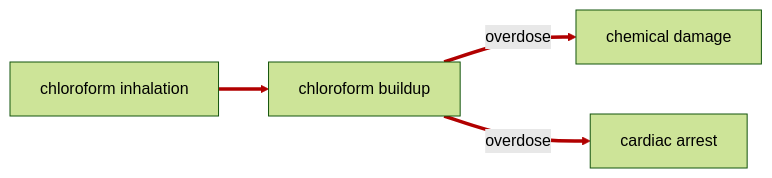
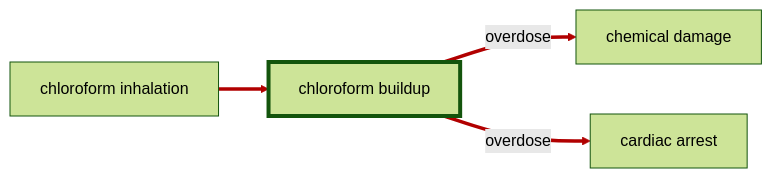
Diagram 11 of 28 in README.md (frederik-hoeft/rimworld-more-injuries), drawn with Mermaid (forest theme) before and after one commit. The commit also changed other lines of this file and 14 other files, not shown here.

````diff
--- a/README.md
+++ b/README.md
@@ -530,13 +538,14 @@
 ```mermaid
 ---
 config:
   flowchart:
     htmlLabels: true
 ---
 flowchart LR
   chloroform[chloroform inhalation] ==> chloroform_buildup[chloroform buildup]
   chloroform_buildup ==> | overdose | chemical_damage[chemical damage]
   chloroform_buildup ==> | overdose | cardiac_arrest[cardiac arrest]
 
   linkStyle 0,1,2 stroke: #b10000
+  style chloroform_buildup stroke-width: 4px
 ```
````
